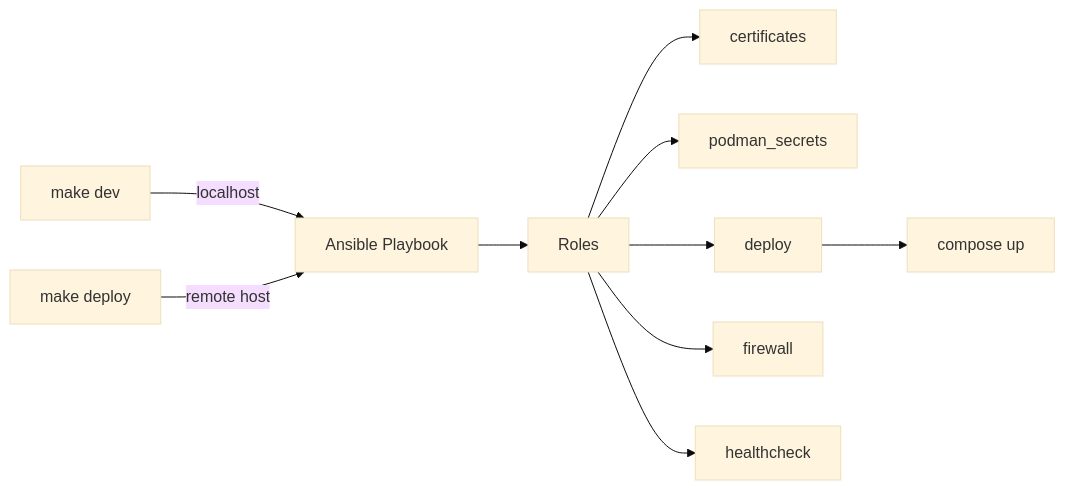
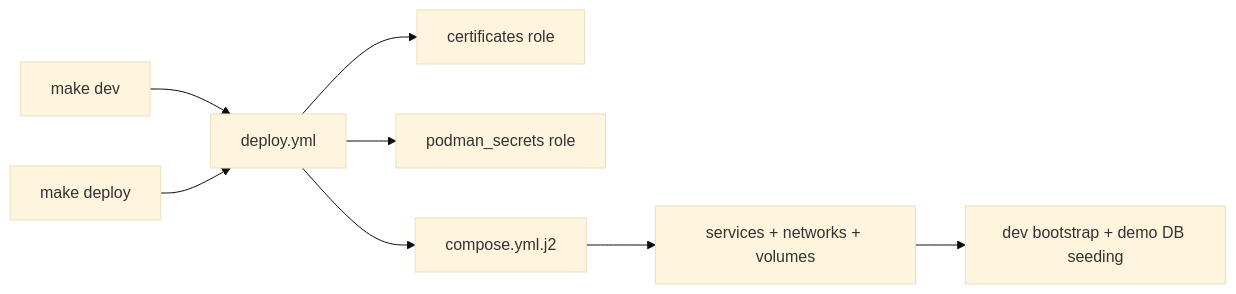
One commit to dnviti/remote-desktop-manager changed the diagram in docs/deployment.md. Above: the diagram before and after it, drawn with Mermaid (base theme). The commit also changed other lines of this file and 9 other files, not shown here.

````diff
--- a/docs/deployment.md
+++ b/docs/deployment.md
@@ -31,12 +33,10 @@
 ```mermaid
 flowchart LR
-    Dev["make dev"] -->|"localhost"| Ansible["Ansible Playbook"]
-    Prod["make deploy"] -->|"remote host"| Ansible
-    Ansible --> Roles["Roles"]
-    Roles --> Certs["certificates"]
-    Roles --> Secrets["podman_secrets"]
-    Roles --> Deploy["deploy"]
-    Roles --> FW["firewall"]
-    Roles --> HC["healthcheck"]
-    Deploy --> Compose["compose up"]
+    Dev["make dev"] --> Playbook["deploy.yml"]
+    Prod["make deploy"] --> Playbook
+    Playbook --> Certs["certificates role"]
+    Playbook --> Secrets["podman_secrets role"]
+    Playbook --> Compose["compose.yml.j2"]
+    Compose --> Stack["services + networks + volumes"]
+    Stack --> Bootstrap["dev bootstrap + demo DB seeding"]
 ```
````
